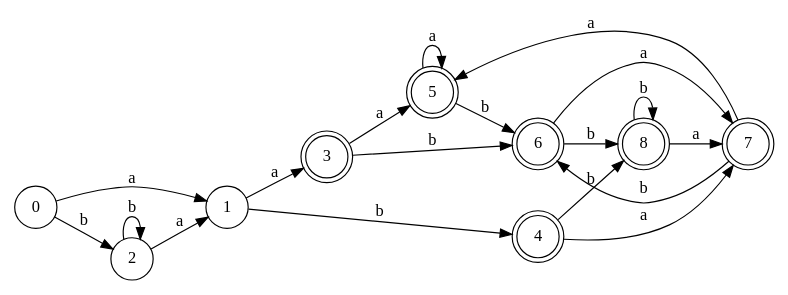
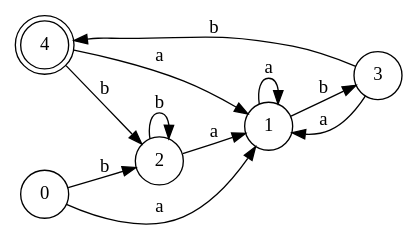
One commit to gusta257/Compis1 changed the diagram in fsam.gv. Above: the diagram before and after it, drawn with Graphviz. The commit also changed 8 other files, not shown here.

```diff
--- a/fsam.gv
+++ b/fsam.gv
@@ -1,51 +1,25 @@
 digraph finite_state_machine {
 	rankdir=LR size="8,5"
 	node [shape=doublecircle]
-	3
-	node [shape=doublecircle]
-	5
-	node [shape=doublecircle]
-	6
-	node [shape=doublecircle]
 	4
-	node [shape=doublecircle]
-	7
-	node [shape=doublecircle]
-	8
 	node [shape=circle]
 	0 -> 1 [label=a]
 	node [shape=circle]
 	0 -> 2 [label=b]
 	node [shape=circle]
-	1 -> 3 [label=a]
+	1 -> 1 [label=a]
 	node [shape=circle]
-	1 -> 4 [label=b]
+	1 -> 3 [label=b]
 	node [shape=circle]
 	2 -> 1 [label=a]
 	node [shape=circle]
 	2 -> 2 [label=b]
 	node [shape=circle]
-	3 -> 5 [label=a]
+	3 -> 1 [label=a]
 	node [shape=circle]
-	3 -> 6 [label=b]
+	3 -> 4 [label=b]
 	node [shape=circle]
-	4 -> 7 [label=a]
+	4 -> 1 [label=a]
 	node [shape=circle]
-	4 -> 8 [label=b]
-	node [shape=circle]
-	5 -> 5 [label=a]
-	node [shape=circle]
-	5 -> 6 [label=b]
-	node [shape=circle]
-	6 -> 7 [label=a]
-	node [shape=circle]
-	6 -> 8 [label=b]
-	node [shape=circle]
-	7 -> 5 [label=a]
-	node [shape=circle]
-	7 -> 6 [label=b]
-	node [shape=circle]
-	8 -> 7 [label=a]
-	node [shape=circle]
-	8 -> 8 [label=b]
+	4 -> 2 [label=b]
 }
```
